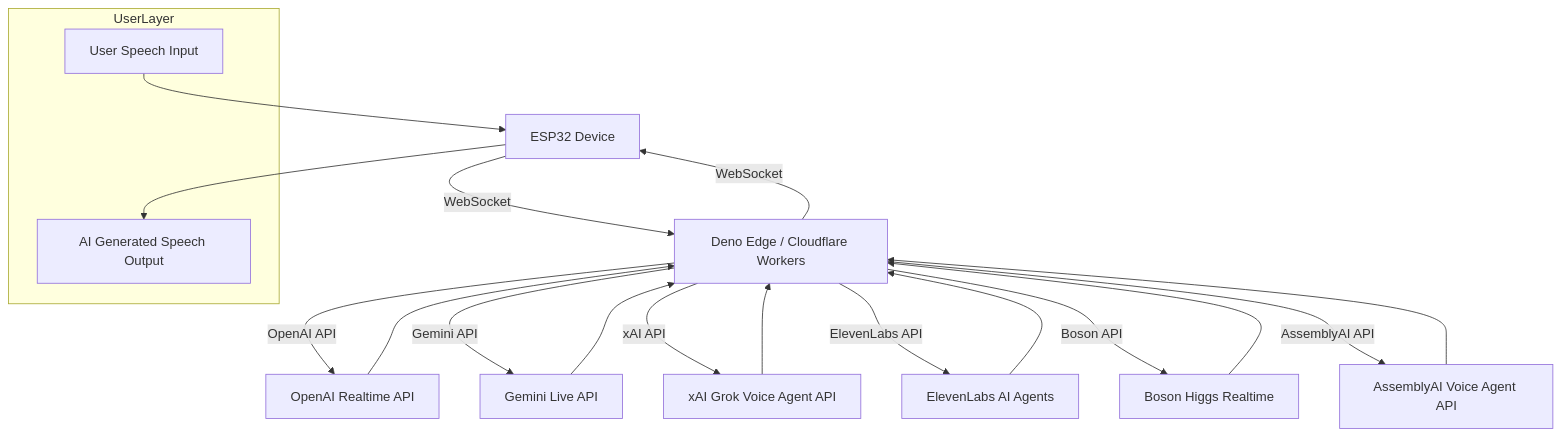
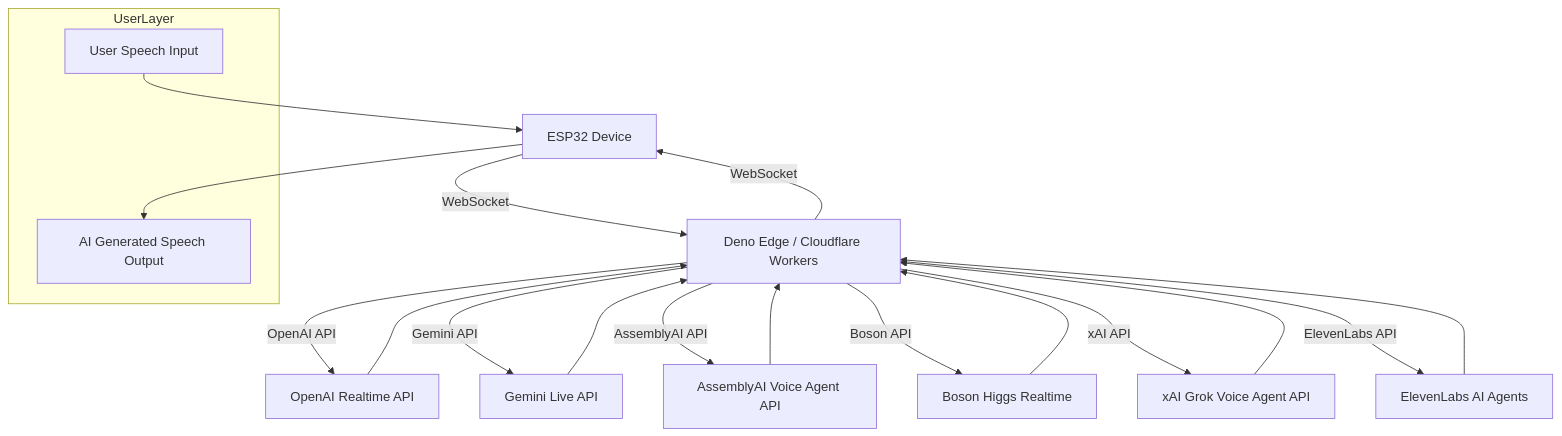
The first of 2 diagrams in data/readmes/akdeb__ElatoAI.md (zqf20096327/ai_collect), drawn with Mermaid before and after one commit. The commit also changed other lines of this file and 1613 other files, not shown here.

````diff
--- a/data/readmes/akdeb__ElatoAI.md
+++ b/data/readmes/akdeb__ElatoAI.md
@@ -134,24 +134,24 @@
 ```mermaid
 flowchart TD
   subgraph UserLayer
     UserInput[User Speech Input]
     UserOutput[AI Generated Speech Output]
   end
   
   UserInput --> ESP32
   ESP32[ESP32 Device] -->|WebSocket| Edge[Deno Edge / Cloudflare Workers]
   Edge -->|OpenAI API| OpenAI[OpenAI Realtime API]
   Edge -->|Gemini API| Gemini[Gemini Live API]
+  Edge -->|AssemblyAI API| AssemblyAI[AssemblyAI Voice Agent API]
+  Edge -->|Boson API| Boson[Boson Higgs Realtime]
   Edge -->|xAI API| xAI[xAI Grok Voice Agent API]
   Edge -->|ElevenLabs API| ElevenLabs[ElevenLabs AI Agents]
-  Edge -->|Boson API| Boson[Boson Higgs Realtime]
-  Edge -->|AssemblyAI API| AssemblyAI[AssemblyAI Voice Agent API]
   OpenAI --> Edge
   Gemini --> Edge
+  AssemblyAI --> Edge
+  Boson --> Edge
   xAI --> Edge
   ElevenLabs --> Edge
-  Boson --> Edge
-  AssemblyAI --> Edge
   Edge -->|WebSocket| ESP32
   ESP32 --> UserOutput
 ```
````
